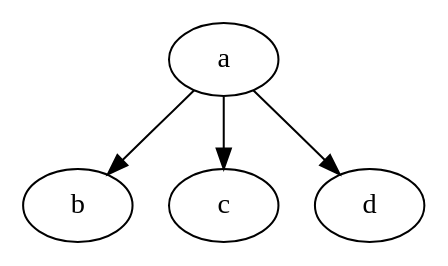
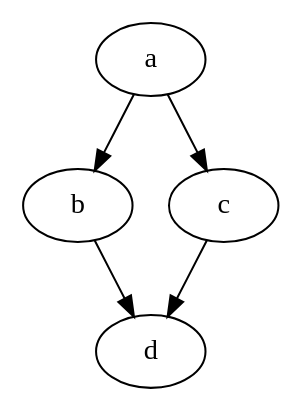
One commit to MKTPR/DFS-TaskScheduler changed the diagram in 306P1/digraph.dot. Above: the diagram before and after it, drawn with Graphviz. The commit also changed 7 other files, not shown here.

```diff
--- a/306P1/digraph.dot
+++ b/306P1/digraph.dot
@@ -1,11 +1,10 @@
 digraph  example {
 a[ Weight =2];
-b[ Weight =2];
-a -> b    [ Weight =1];
-c[ Weight =2];
-a -> c[ Weight =3];
+b[ Weight =20];
+a -> b  [Weight =3];
+c[ Weight =20];
+a -> c[ Weight =1];
 d[ Weight =3];
-a -> d[ Weight =1];
-
-
+c -> d[ Weight =15];
+b -> d[ Weight =1];
 }
```
